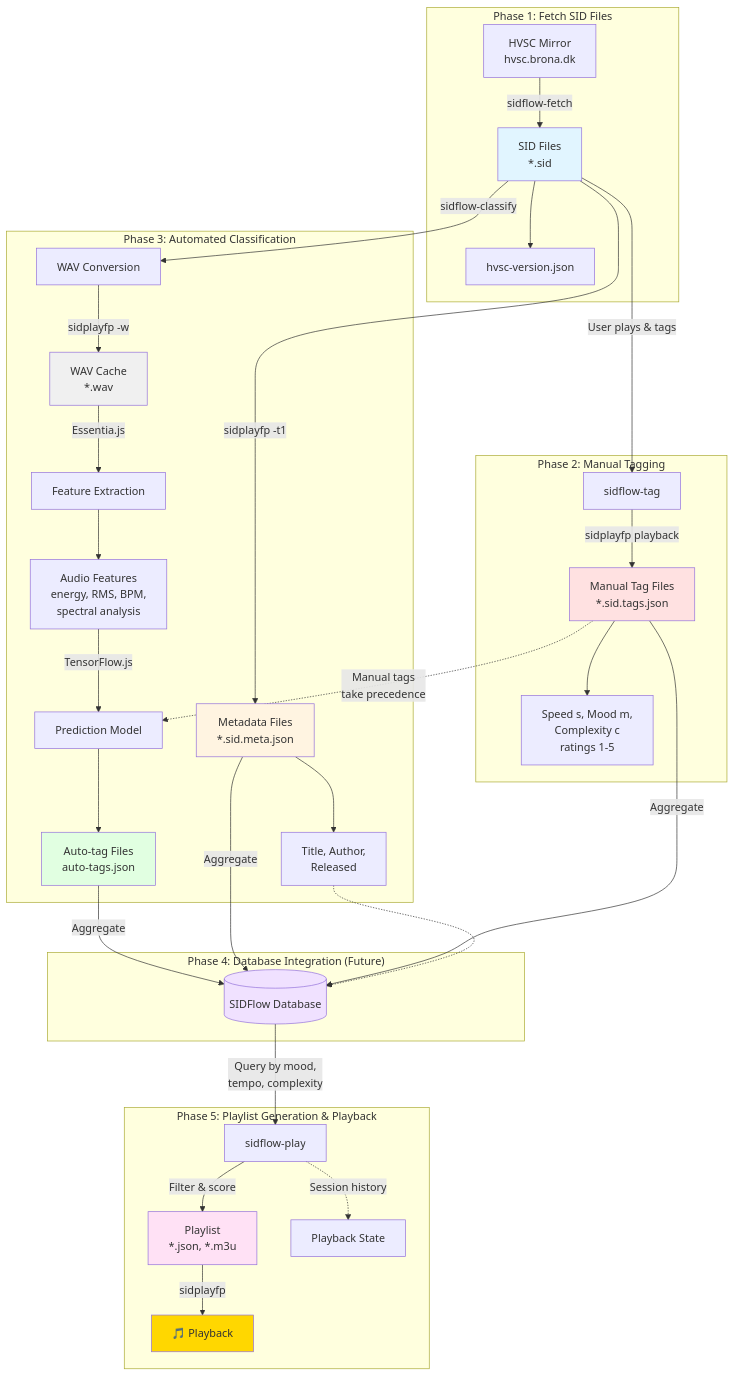
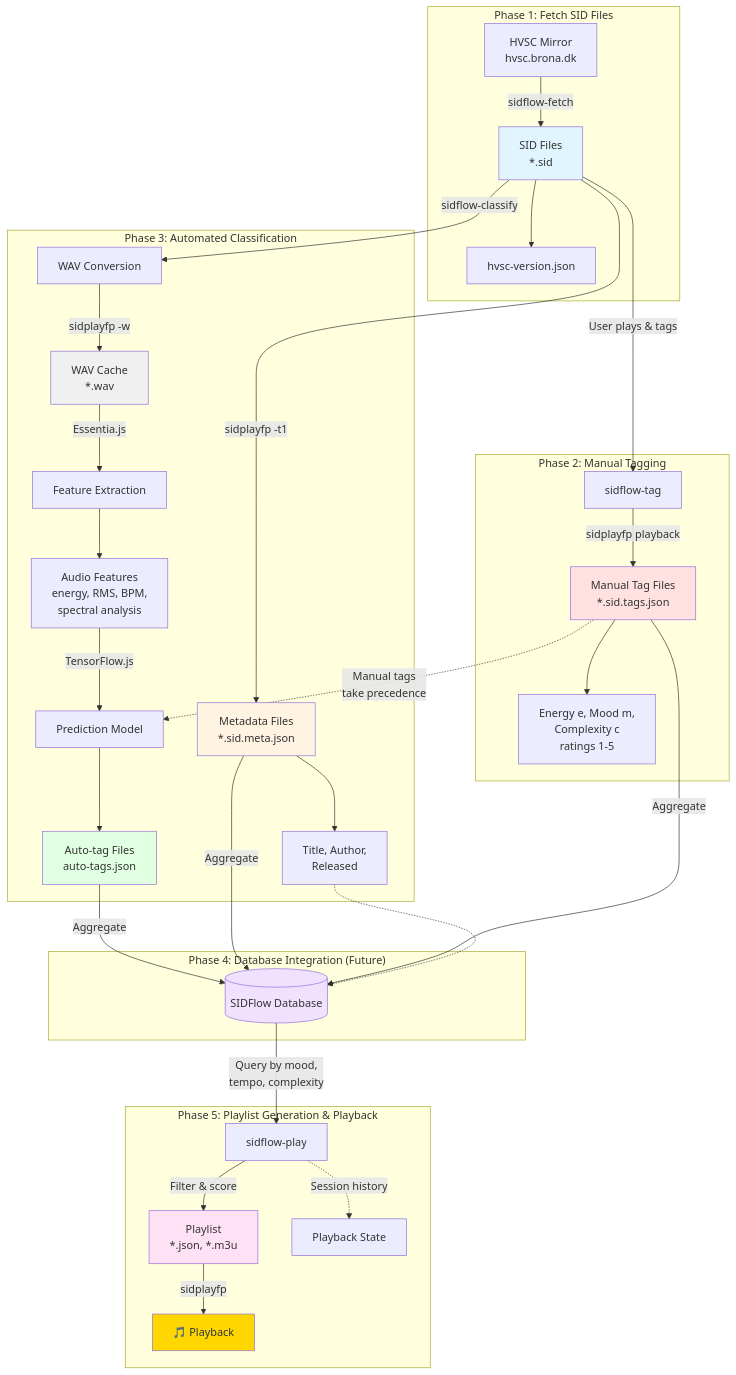
Before and after one commit to chrisgleissner/sidflow: the diagram in README.md, drawn with Mermaid. The commit also changed other lines of this file and 12 other files, not shown here.

First line of the commit message:
Rename 's' (speed) to 'e' (energy) and consolidate phase steps

````diff
--- a/README.md
+++ b/README.md
@@ -51,48 +51,48 @@
 ```mermaid
 graph TB
     subgraph "Phase 1: Fetch SID Files"
         A[HVSC Mirror<br/>hvsc.brona.dk] -->|sidflow-fetch| B[SID Files<br/>*.sid]
         B --> C[hvsc-version.json]
     end
     
     subgraph "Phase 2: Manual Tagging"
         B -->|User plays & tags| D[sidflow-tag]
         D -->|sidplayfp playback| E[Manual Tag Files<br/>*.sid.tags.json]
-        E --> F[Speed s, Mood m,<br/>Complexity c<br/>ratings 1-5]
+        E --> F[Energy e, Mood m,<br/>Complexity c<br/>ratings 1-5]
     end
     
     subgraph "Phase 3: Automated Classification"
         B -->|sidflow-classify| G[WAV Conversion]
         G -->|sidplayfp -w| H[WAV Cache<br/>*.wav]
         H -->|Essentia.js| I[Feature Extraction]
         I --> J[Audio Features<br/>energy, RMS, BPM,<br/>spectral analysis]
         J -->|TensorFlow.js| K[Prediction Model]
         E -.->|Manual tags<br/>take precedence| K
         K --> L[Auto-tag Files<br/>auto-tags.json]
         B -->|sidplayfp -t1| M[Metadata Files<br/>*.sid.meta.json]
         M --> N[Title, Author,<br/>Released]
     end
     
     subgraph "Phase 4: Database Integration (Future)"
         L -->|Aggregate| O[(SIDFlow Database)]
         M -->|Aggregate| O
         E -->|Aggregate| O
         N -.-> O
     end
     
     subgraph "Phase 5: Playlist Generation & Playback"
         O -->|Query by mood,<br/>tempo, complexity| P[sidflow-play]
         P -->|Filter & score| Q[Playlist<br/>*.json, *.m3u]
         Q -->|sidplayfp| R[🎵 Playback]
         P -.->|Session history| S[Playback State]
     end
     
     style B fill:#e1f5ff
     style E fill:#ffe1e1
     style H fill:#f0f0f0
     style L fill:#e1ffe1
     style M fill:#fff4e1
     style O fill:#f0e1ff
     style Q fill:#ffe1f5
     style R fill:#ffd700
 ```
````
